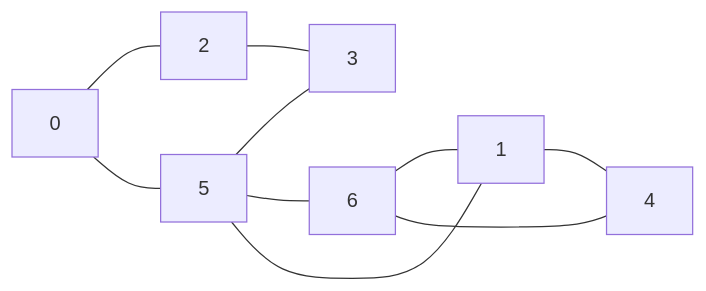
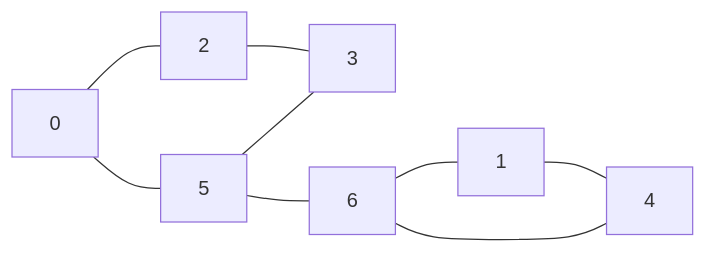
Before and after one commit to jheinem1/notes: the ninth of 9 diagrams in vault/ser222.undirected-graphs.md, drawn with Mermaid. The commit also changed other lines of this file, not shown here.

````diff
--- a/vault/ser222.undirected-graphs.md
+++ b/vault/ser222.undirected-graphs.md
@@ -324,12 +324,11 @@
 ```mermaid
 flowchart LR
     1 --- 4
-    1 --- 5
     6 --- 1
     4 --- 6
     5 --- 3
     0 --- 2
     2 --- 3
     5 --- 6
     0 --- 5
 ```
````
